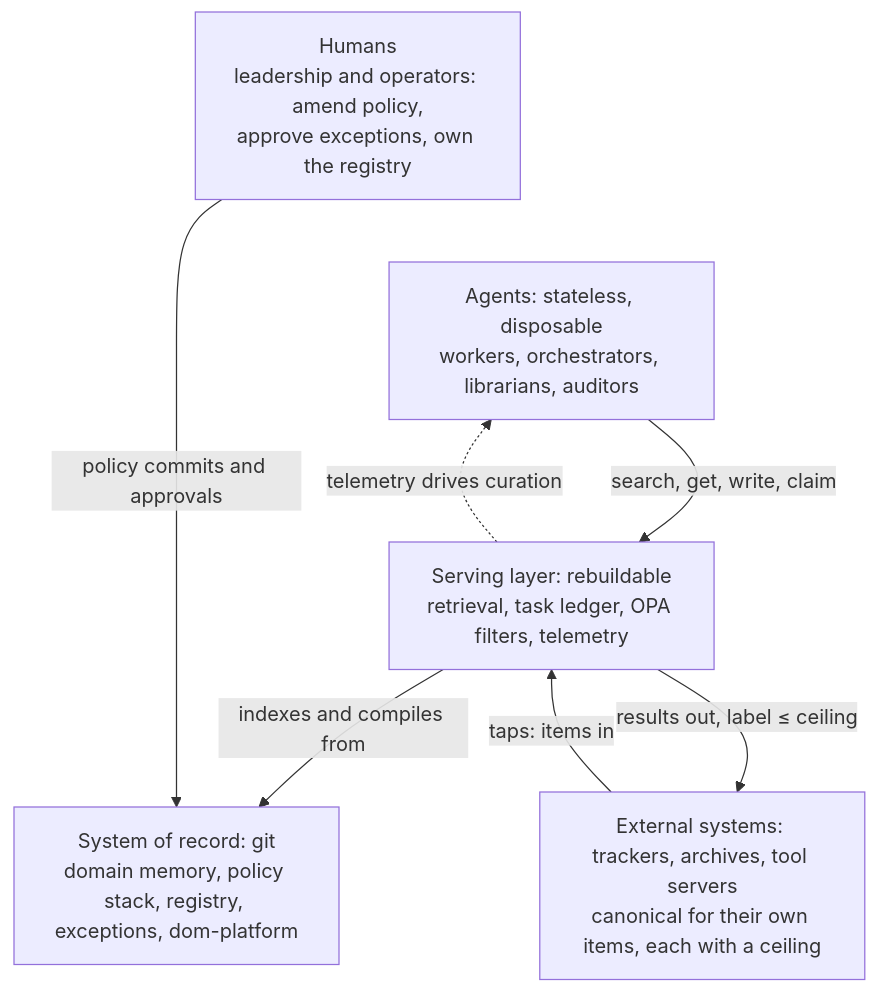
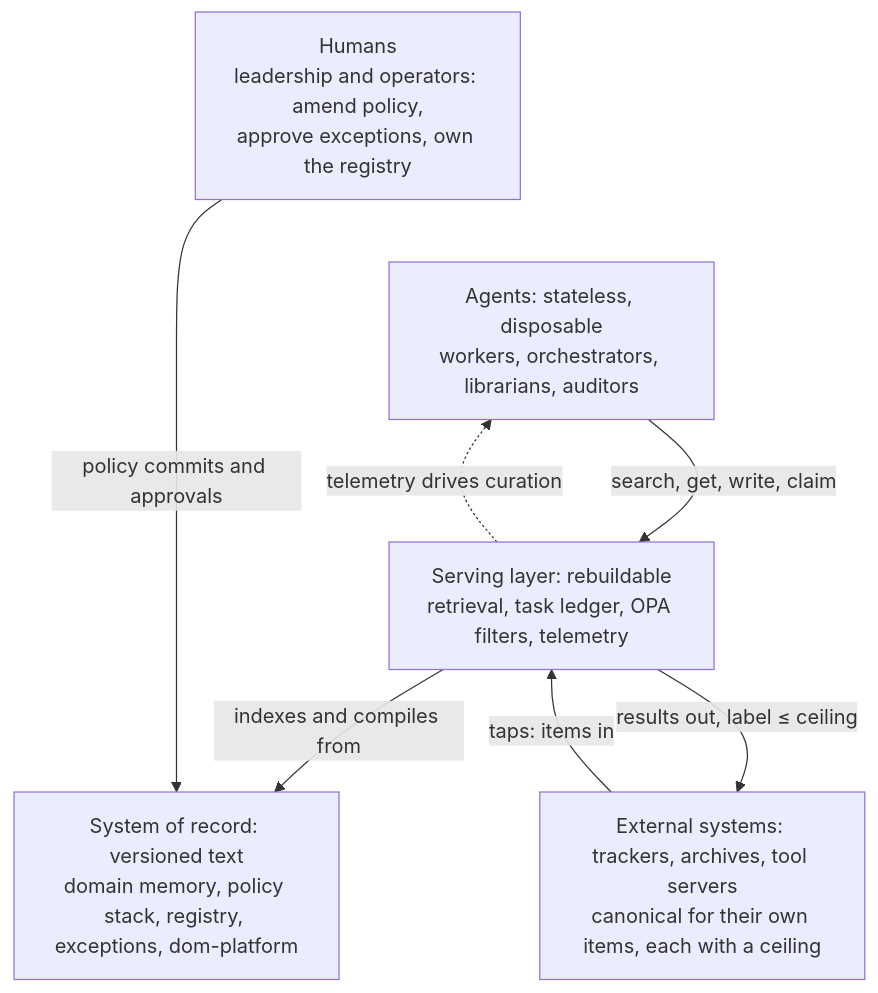
Before and after one commit to apache/tooling-memory: the first of 14 diagrams in docs/durable-memory-for-disposable-agents.md, drawn with Mermaid. The commit also changed other lines of this file, not shown here.

First line of the commit message:
Record: the paper names no engine (§1–§4, §11–§14)

````diff
--- a/docs/durable-memory-for-disposable-agents.md
+++ b/docs/durable-memory-for-disposable-agents.md
@@ -49,16 +49,16 @@
 ```mermaid
 flowchart TB
     HUM["Humans<br/>leadership and operators: amend policy,<br/>approve exceptions, own the registry"]
     AGT["Agents: stateless, disposable<br/>workers, orchestrators, librarians, auditors"]
     SRV["Serving layer: rebuildable<br/>retrieval, task ledger, OPA filters, telemetry"]
-    REC["System of record: git<br/>domain memory, policy stack, registry, exceptions, dom-platform"]
+    REC["System of record: versioned text<br/>domain memory, policy stack, registry, exceptions, dom-platform"]
     EXT["External systems: trackers, archives, tool servers<br/>canonical for their own items, each with a ceiling"]
 
     HUM ~~~ AGT
     AGT -->|"search, get, write, claim"| SRV
     SRV -->|"indexes and compiles from"| REC
     HUM -->|"policy commits and approvals"| REC
     SRV -.->|"telemetry drives curation"| AGT
     EXT -->|"taps: items in"| SRV
     SRV -->|"results out, label ≤ ceiling"| EXT
 ```
````
